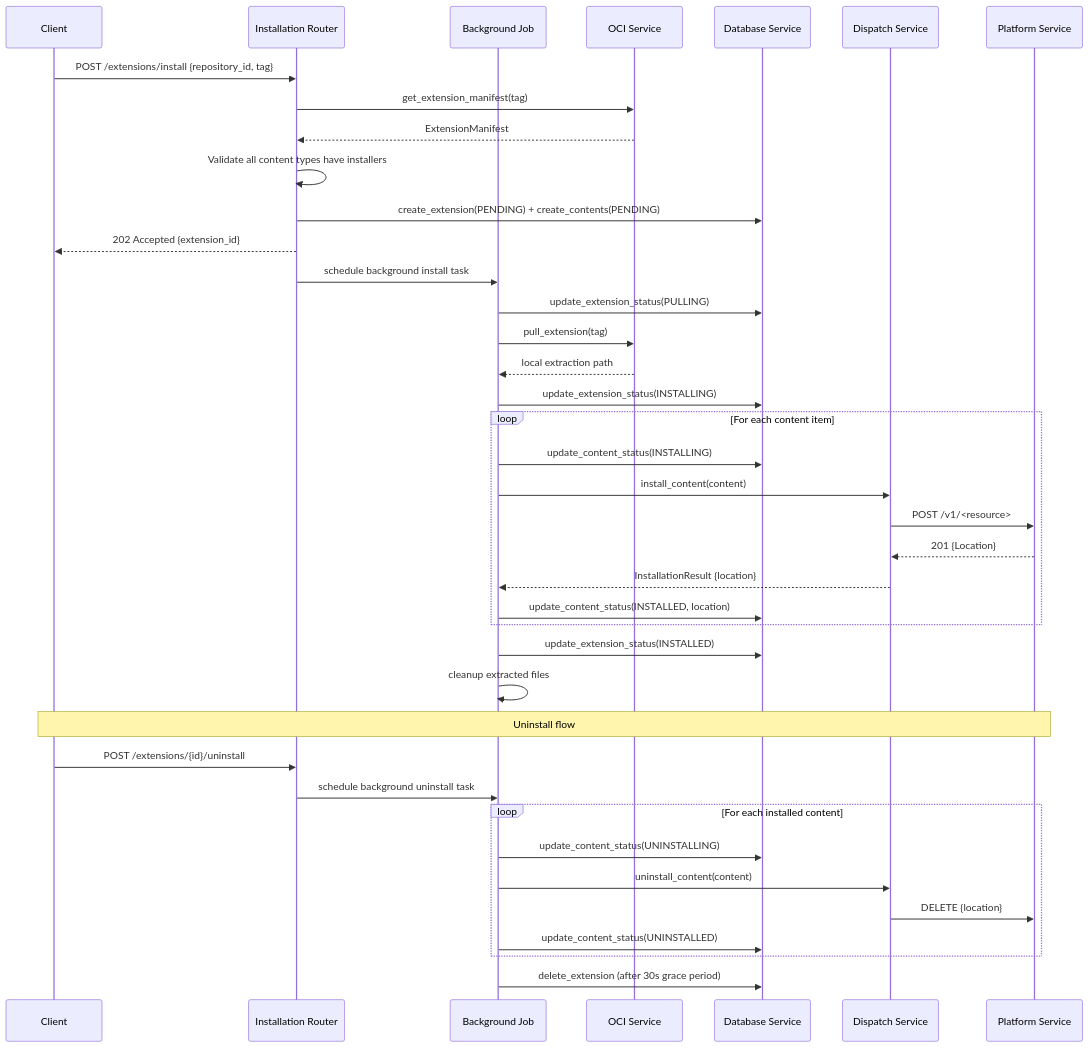
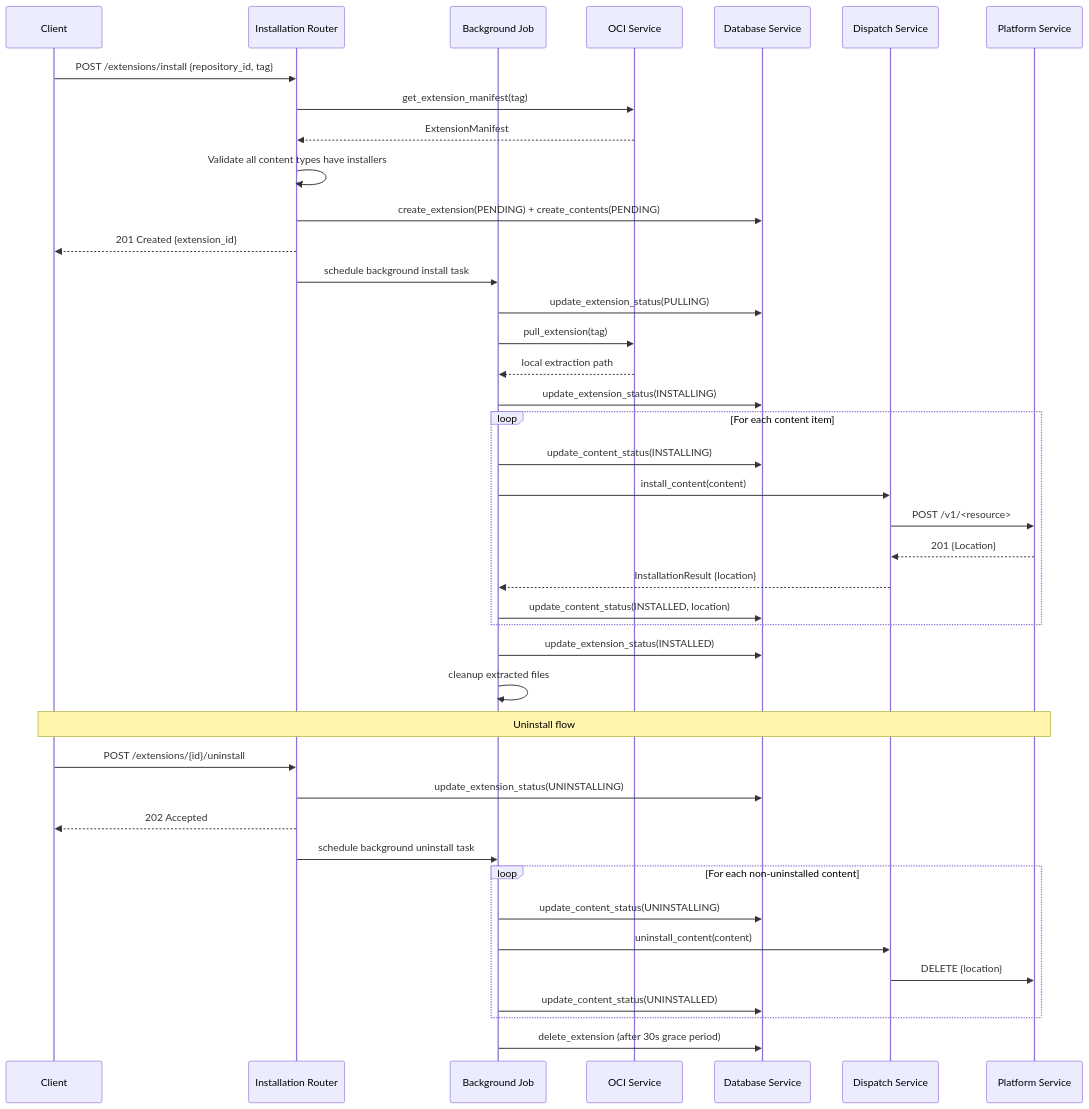
Before and after one commit to kaapana/kaapana: the fourth of 4 diagrams in services/base/extension-manager-service/docker/files/app/README.md, drawn with Mermaid. The commit also changed other lines of this file, not shown here.

````diff
--- a/services/base/extension-manager-service/docker/files/app/README.md
+++ b/services/base/extension-manager-service/docker/files/app/README.md
@@ -243,46 +252,48 @@
 ```mermaid
 sequenceDiagram
     participant C as Client
     participant IR as Installation Router
     participant BG as Background Job
     participant OCI as OCI Service
     participant DB as Database Service
     participant D as Dispatch Service
     participant P as Platform Service
 
     C->>IR: POST /extensions/install {repository_id, tag}
     IR->>OCI: get_extension_manifest(tag)
     OCI-->>IR: ExtensionManifest
     IR->>IR: Validate all content types have installers
     IR->>DB: create_extension(PENDING) + create_contents(PENDING)
-    IR-->>C: 202 Accepted {extension_id}
+    IR-->>C: 201 Created {extension_id}
 
     IR->>BG: schedule background install task
 
     BG->>DB: update_extension_status(PULLING)
     BG->>OCI: pull_extension(tag)
     OCI-->>BG: local extraction path
 
     BG->>DB: update_extension_status(INSTALLING)
     loop For each content item
         BG->>DB: update_content_status(INSTALLING)
         BG->>D: install_content(content)
         D->>P: POST /v1/<resource>
         P-->>D: 201 {Location}
         D-->>BG: InstallationResult {location}
         BG->>DB: update_content_status(INSTALLED, location)
     end
     BG->>DB: update_extension_status(INSTALLED)
     BG->>BG: cleanup extracted files
 
     Note over C,P: Uninstall flow
     C->>IR: POST /extensions/{id}/uninstall
+    IR->>DB: update_extension_status(UNINSTALLING)
+    IR-->>C: 202 Accepted
     IR->>BG: schedule background uninstall task
-    loop For each installed content
+    loop For each non-uninstalled content
         BG->>DB: update_content_status(UNINSTALLING)
         BG->>D: uninstall_content(content)
         D->>P: DELETE {location}
         BG->>DB: update_content_status(UNINSTALLED)
     end
     BG->>DB: delete_extension (after 30s grace period)
 ```
````
